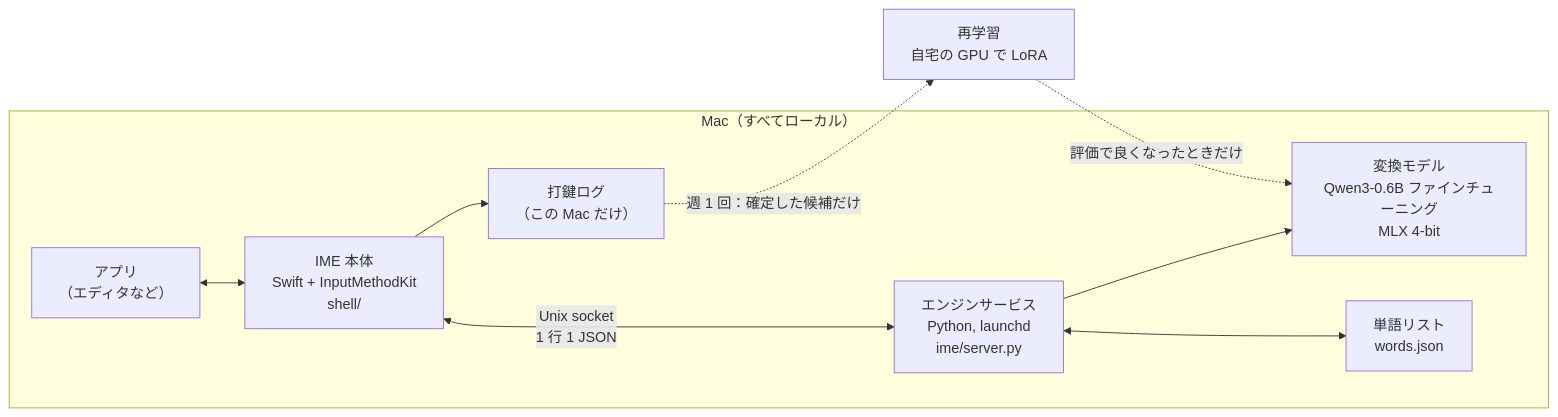
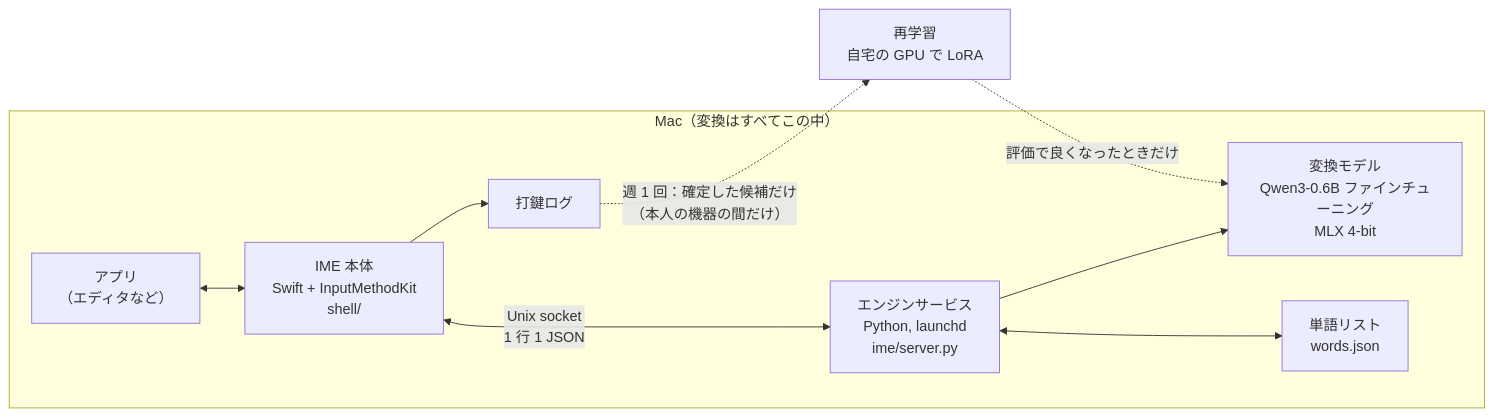
The diagram in README.md (yizilian-iren/llm-ime), drawn with Mermaid before and after one commit. The commit also changed 2 other files, not shown here.

Commit message:
README: mermaid edges in the |label| form, the log's node no longer says it never leaves the Mac; mirror check skips its own script (6C.1)

````diff
--- a/README.md
+++ b/README.md
@@ -21,18 +21,18 @@
 ```mermaid
 flowchart LR
-  subgraph Mac["Mac（すべてローカル）"]
+  subgraph Mac["Mac（変換はすべてこの中）"]
     App["アプリ<br/>（エディタなど）"]
     Shell["IME 本体<br/>Swift + InputMethodKit<br/>shell/"]
     Engine["エンジンサービス<br/>Python, launchd<br/>ime/server.py"]
     Model["変換モデル<br/>Qwen3-0.6B ファインチューニング<br/>MLX 4-bit"]
     Words["単語リスト<br/>words.json"]
-    Log["打鍵ログ<br/>（この Mac だけ）"]
+    Log["打鍵ログ"]
     App <--> Shell
-    Shell <-- "Unix socket<br/>1 行 1 JSON" --> Engine
+    Shell <-->|"Unix socket<br/>1 行 1 JSON"| Engine
     Engine --> Model
     Engine <--> Words
     Shell --> Log
   end
-  Log -. "週 1 回：確定した候補だけ" .-> Retrain["再学習<br/>自宅の GPU で LoRA"]
-  Retrain -. "評価で良くなったときだけ" .-> Model
+  Log -.->|"週 1 回：確定した候補だけ<br/>（本人の機器の間だけ）"| Retrain["再学習<br/>自宅の GPU で LoRA"]
+  Retrain -.->|"評価で良くなったときだけ"| Model
 ```
````
